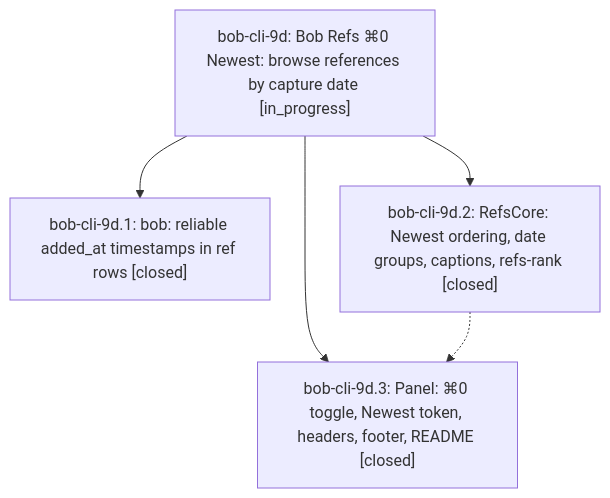
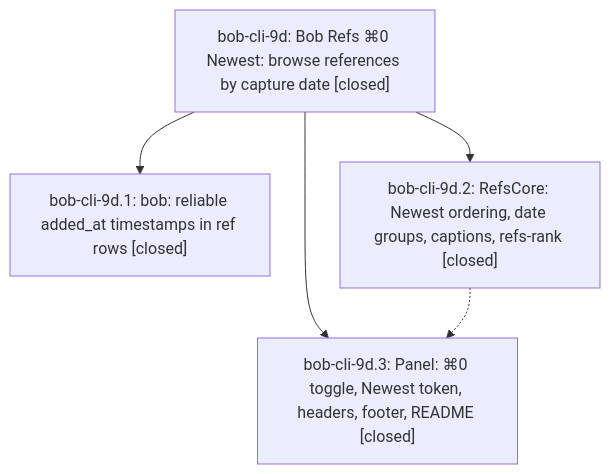
One commit to bobs-org/bob-cli--beads changed the diagram in pages/bob-cli-9d/README.md. Above: the diagram before and after it, drawn with Mermaid. The commit also changed other lines of this file and 3 other files, not shown here.

First line of the commit message:
chore(beads): sync bead state and pages for bob-cli-9d

````diff
--- a/pages/bob-cli-9d/README.md
+++ b/pages/bob-cli-9d/README.md
@@ -36,11 +46,11 @@
 ```mermaid
 flowchart TD
-    n0["bob-cli-9d: Bob Refs ⌘0 Newest: browse references by capture date [in_progress]"]
+    n0["bob-cli-9d: Bob Refs ⌘0 Newest: browse references by capture date [closed]"]
     n1["bob-cli-9d.1: bob: reliable added_at timestamps in ref rows [closed]"]
     n2["bob-cli-9d.2: RefsCore: Newest ordering, date groups, captions, refs-rank [closed]"]
     n3["bob-cli-9d.3: Panel: ⌘0 toggle, Newest token, headers, footer, README [closed]"]
     n0 --> n1
     n0 --> n2
     n0 --> n3
     n2 -.-> n3
 ```
````
